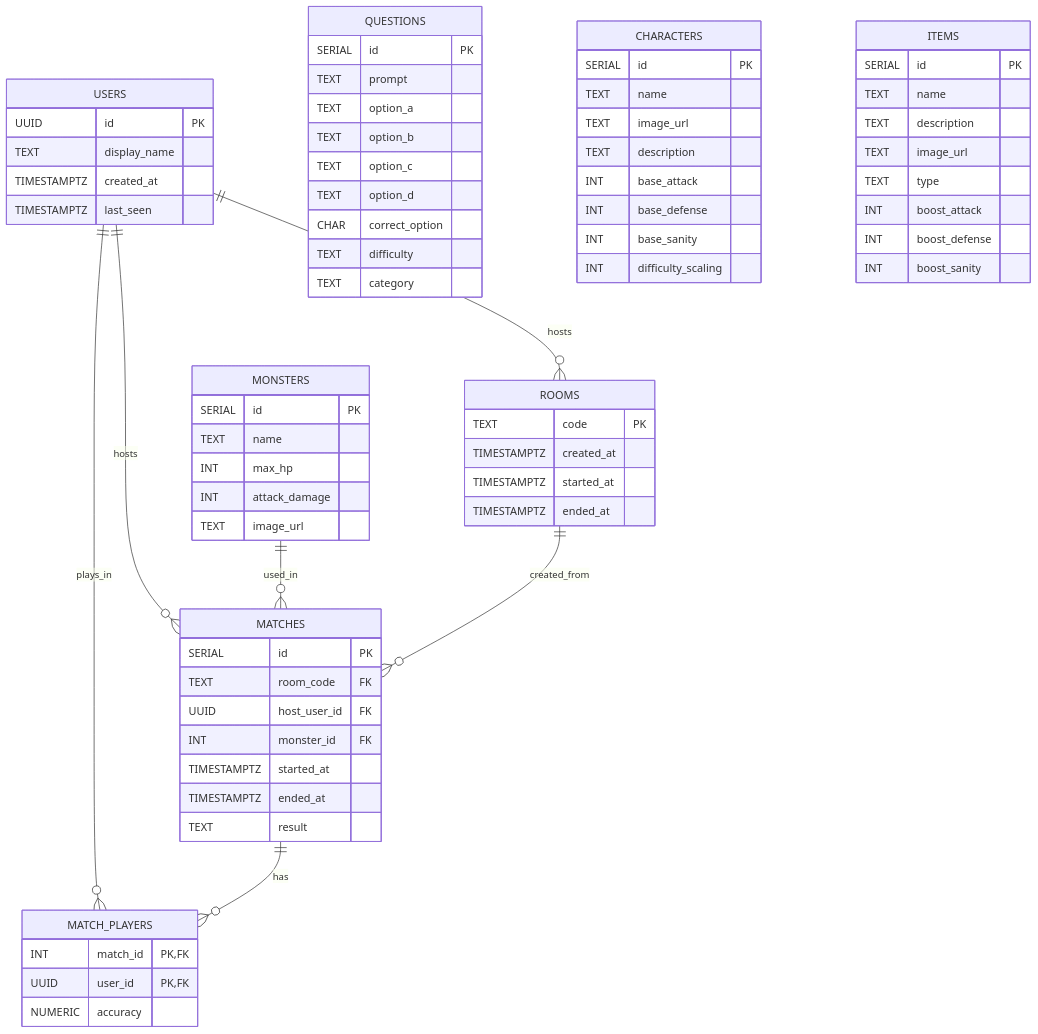
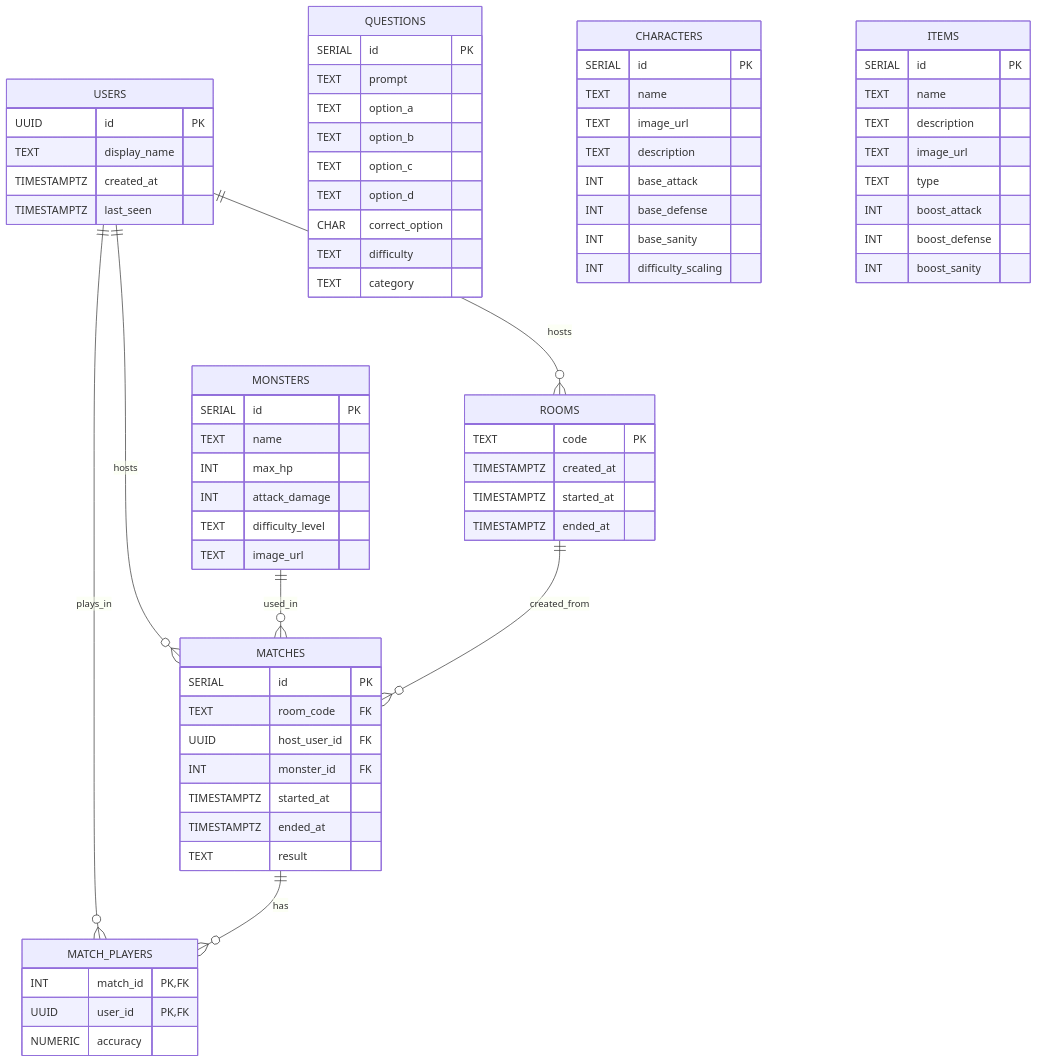
One commit to vertigo1919/eldritch-backend changed the diagram in docs/planning/backend-draft.md. Above: the diagram before and after it, drawn with Mermaid. The commit also changed other lines of this file, not shown here.

Commit message:
Add difficulty level to monsters

```diff
--- a/docs/planning/backend-draft.md
+++ b/docs/planning/backend-draft.md
@@ -28,6 +28,7 @@
     TEXT name
     INT max_hp
     INT attack_damage
+    TEXT difficulty_level
     TEXT image_url
   }
 
```
